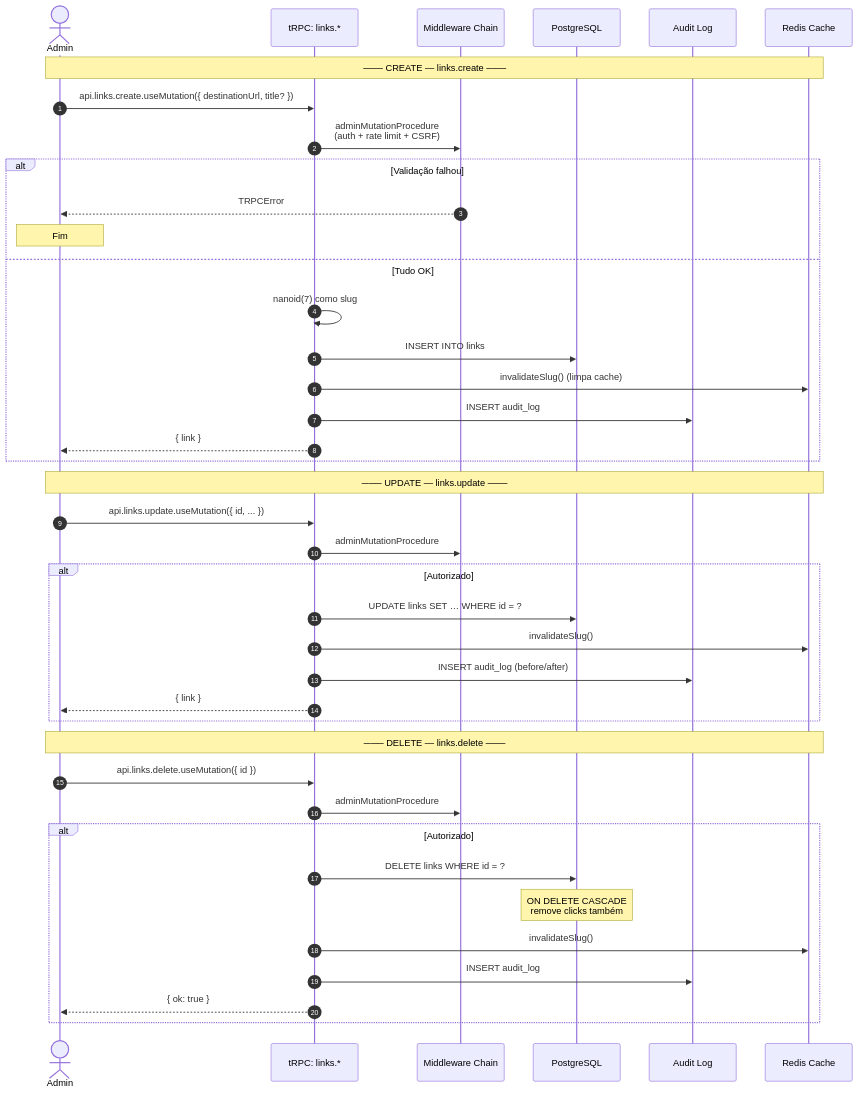
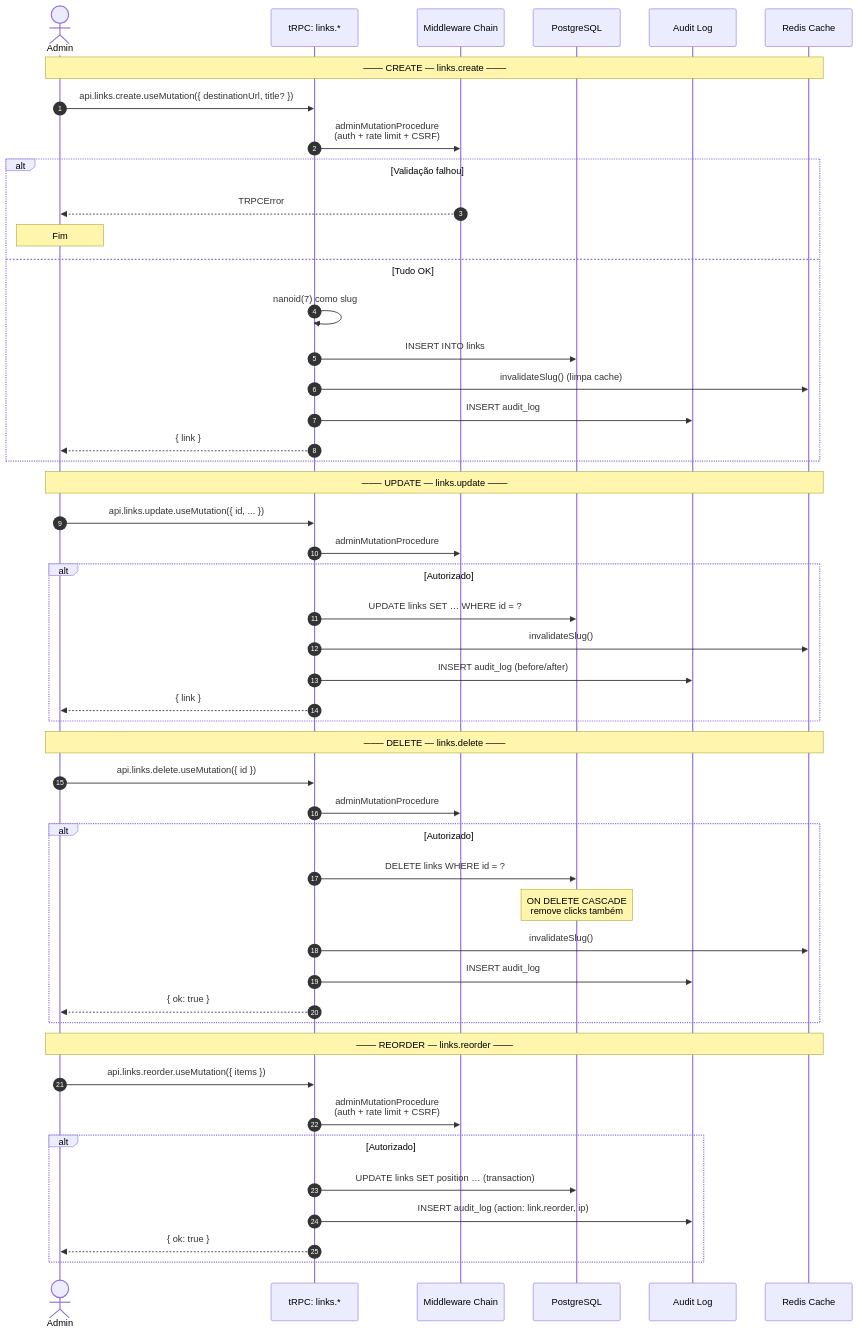
One commit to eduardoaugustolb/encurtador-url changed the third of 5 diagrams in docs/fluxo-de-dados.md. Above: the diagram before and after it, drawn with Mermaid. The commit also changed other lines of this file and 44 other files, not shown here.

First line of the commit message:
fix: migration position column, audit reorder, race condition, stale state (#14) (#14)

````diff
--- a/docs/fluxo-de-dados.md
+++ b/docs/fluxo-de-dados.md
@@ -103,46 +103,55 @@
 ```mermaid
 %%{init: {'sequence': {'actorMargin': 50, 'boxMargin': 18}}}%%
 sequenceDiagram
     autonumber
     actor A as Admin
     participant t as tRPC: links.*
     participant M as Middleware Chain
     participant DB as PostgreSQL
     participant AUD as Audit Log
     participant C as Redis Cache
 
     Note over A,C: ─── CREATE — links.create ───
     A->>t: api.links.create.useMutation({ destinationUrl, title? })
     t->>M: adminMutationProcedure<br/>(auth + rate limit + CSRF)
     alt Validação falhou
         M-->>A: TRPCError
         Note over A: Fim
     else Tudo OK
         t->>t: nanoid(7) como slug
         t->>DB: INSERT INTO links
         t->>C: invalidateSlug() (limpa cache)
         t->>AUD: INSERT audit_log
         t-->>A: { link }
     end
 
     Note over A,C: ─── UPDATE — links.update ───
     A->>t: api.links.update.useMutation({ id, ... })
     t->>M: adminMutationProcedure
     alt Autorizado
         t->>DB: UPDATE links SET … WHERE id = ?
         t->>C: invalidateSlug()
         t->>AUD: INSERT audit_log (before/after)
         t-->>A: { link }
     end
 
     Note over A,C: ─── DELETE — links.delete ───
     A->>t: api.links.delete.useMutation({ id })
     t->>M: adminMutationProcedure
     alt Autorizado
         t->>DB: DELETE links WHERE id = ?
         Note over DB: ON DELETE CASCADE<br/>remove clicks também
         t->>C: invalidateSlug()
         t->>AUD: INSERT audit_log
         t-->>A: { ok: true }
     end
+
+    Note over A,C: ─── REORDER — links.reorder ───
+    A->>t: api.links.reorder.useMutation({ items })
+    t->>M: adminMutationProcedure<br/>(auth + rate limit + CSRF)
+    alt Autorizado
+        t->>DB: UPDATE links SET position … (transaction)
+        t->>AUD: INSERT audit_log (action: link.reorder, ip)
+        t-->>A: { ok: true }
+    end
 ```
````
